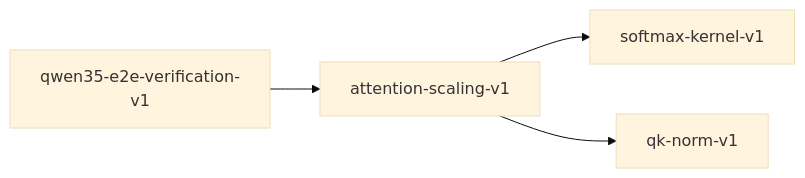
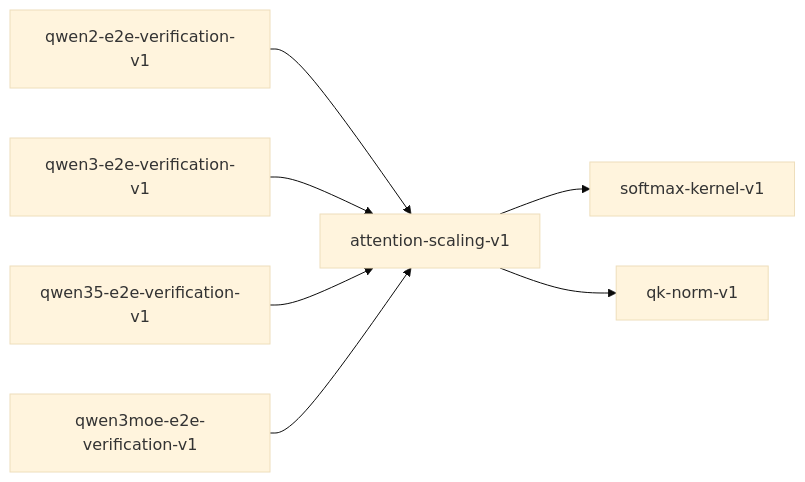
One commit to paiml/provable-contracts changed the diagram in book/src/contracts/attention-scaling-v1.md. Above: the diagram before and after it, drawn with Mermaid (base theme). The commit also changed other lines of this file and 76 other files, not shown here.

````diff
--- a/book/src/contracts/attention-scaling-v1.md
+++ b/book/src/contracts/attention-scaling-v1.md
@@ -20,6 +20,9 @@
 ```mermaid
 graph LR
     attention_scaling_v1["attention-scaling-v1"] --> softmax_kernel_v1["softmax-kernel-v1"]
     attention_scaling_v1["attention-scaling-v1"] --> qk_norm_v1["qk-norm-v1"]
+    qwen2_e2e_verification_v1["qwen2-e2e-verification-v1"] --> attention_scaling_v1["attention-scaling-v1"]
+    qwen3_e2e_verification_v1["qwen3-e2e-verification-v1"] --> attention_scaling_v1["attention-scaling-v1"]
     qwen35_e2e_verification_v1["qwen35-e2e-verification-v1"] --> attention_scaling_v1["attention-scaling-v1"]
+    qwen3moe_e2e_verification_v1["qwen3moe-e2e-verification-v1"] --> attention_scaling_v1["attention-scaling-v1"]
 ```
````
